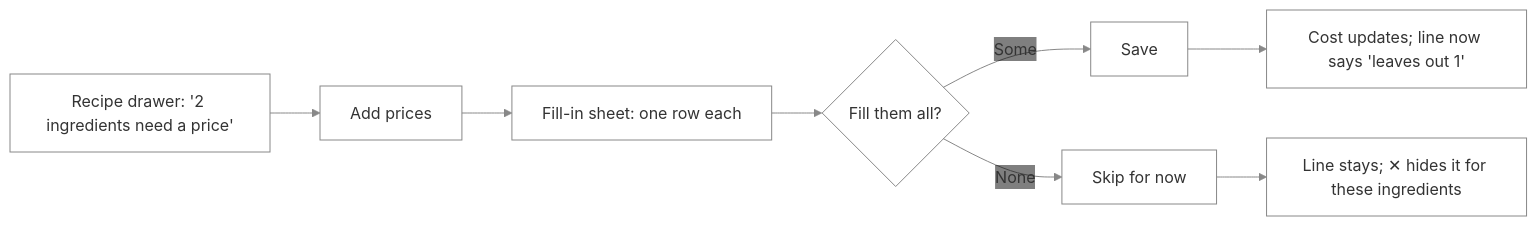
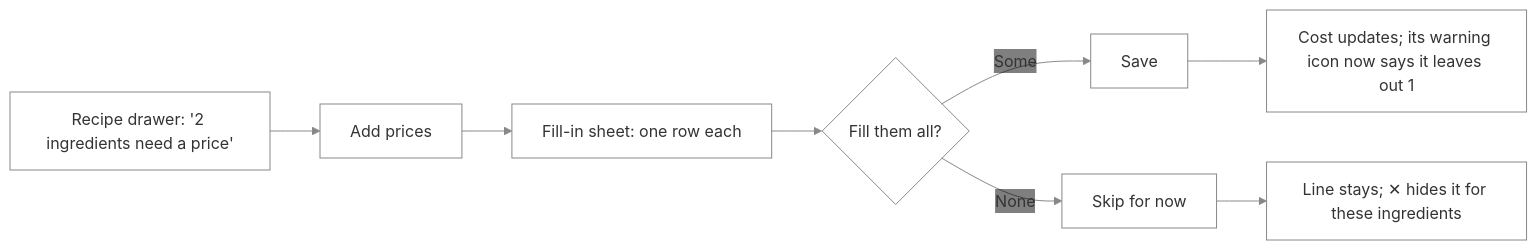
Before and after one commit to NovaMoonX/moondreams-dev-apps: diagram 29 of 31 in src/apps/pinch/UX.md, drawn with Mermaid. The commit also changed other lines of this file and 206 other files, not shown here.

````diff
--- a/src/apps/pinch/UX.md
+++ b/src/apps/pinch/UX.md
@@ -758,7 +875,7 @@
 ```mermaid
 %%{init: {'theme': 'base', 'themeVariables': {'primaryColor': 'transparent', 'clusterBkg': 'transparent', 'primaryBorderColor': '#888888', 'clusterBorder': '#888888', 'lineColor': '#888888', 'primaryTextColor': '#333333'}}}%%
 flowchart LR
     A["Recipe drawer: '2 ingredients need a price'"] --> B[Add prices] --> C["Fill-in sheet: one row each"] --> D{"Fill them all?"}
-    D -->|Some| E[Save] --> F["Cost updates; line now says 'leaves out 1'"]
+    D -->|Some| E[Save] --> F["Cost updates; its warning icon now says it leaves out 1"]
     D -->|None| G[Skip for now] --> H["Line stays; ✕ hides it for these ingredients"]
 ```
````
